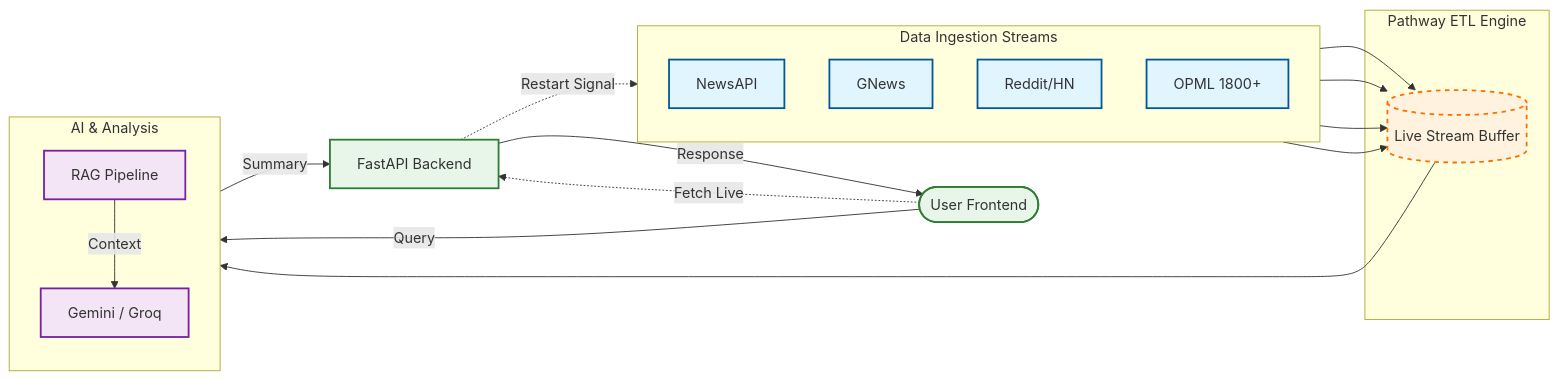
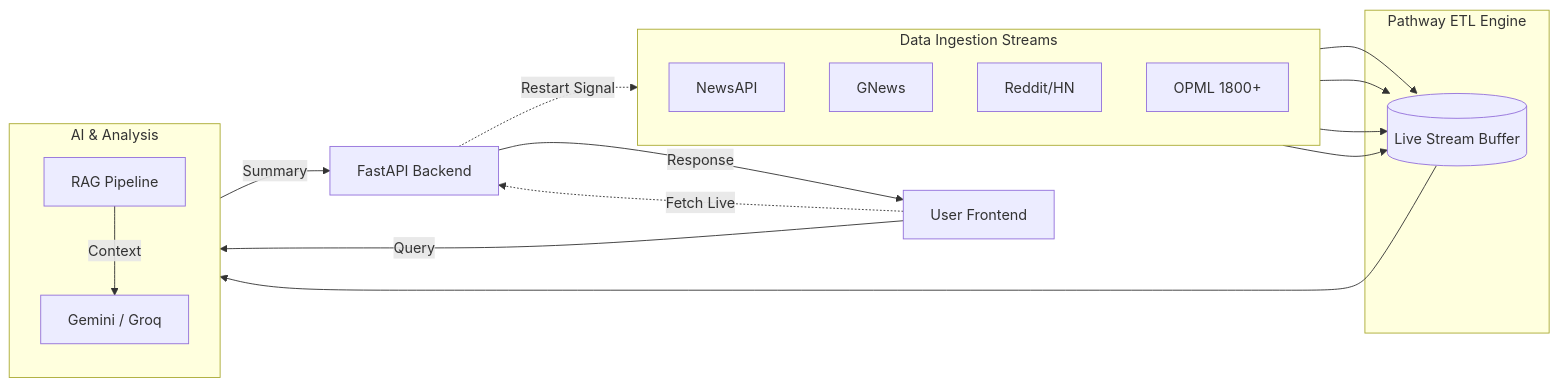
Before and after one commit to atharvavdeo/LiveAnalyst_Pathway: the first of 2 diagrams in README.md, drawn with Mermaid.

Commit message:
docs: simplify architecture diagram (remove styles)

````diff
--- a/README.md
+++ b/README.md
@@ -20,43 +20,37 @@
 ```mermaid
 graph LR
-    %% Node Styles
-    classDef source fill:#e1f5fe,stroke:#01579b,stroke-width:2px;
-    classDef buffer fill:#fff3e0,stroke:#ff6f00,stroke-width:2px,stroke-dasharray: 5 5;
-    classDef ai fill:#f3e5f5,stroke:#7b1fa2,stroke-width:2px;
-    classDef app fill:#e8f5e9,stroke:#2e7d32,stroke-width:2px;
-
-    User([User Frontend]):::app
-    API[FastAPI Backend]:::app
+    User[User Frontend]
+    API[FastAPI Backend]
 
     subgraph Inputs ["Data Ingestion Streams"]
         direction TB
-        News[NewsAPI]:::source
-        GNews[GNews]:::source
-        Social[Reddit/HN]:::source
-        OPML[OPML 1800+]:::source
+        News[NewsAPI]
+        GNews[GNews]
+        Social[Reddit/HN]
+        OPML[OPML 1800+]
     end
 
     subgraph Core ["Pathway ETL Engine"]
-        Buffer[(Live Stream Buffer)]:::buffer
+        Buffer[(Live Stream Buffer)]
     end
 
     subgraph Brain ["AI & Analysis"]
         direction TB
-        RAG[RAG Pipeline]:::ai
-        LLM[Gemini / Groq]:::ai
+        RAG[RAG Pipeline]
+        LLM[Gemini / Groq]
     end
 
     %% Data Flow
     News & GNews & Social & OPML --> Buffer
     Buffer --> RAG
 
-    %% app Flow
+    %% App Flow
     User -->|Query| RAG
     RAG -->|Context| LLM
     LLM -->|Summary| API
     API -->|Response| User
 
     %% Control Flow
     User -.->|Fetch Live| API
     API -.->|Restart Signal| OPML
 ```
````
